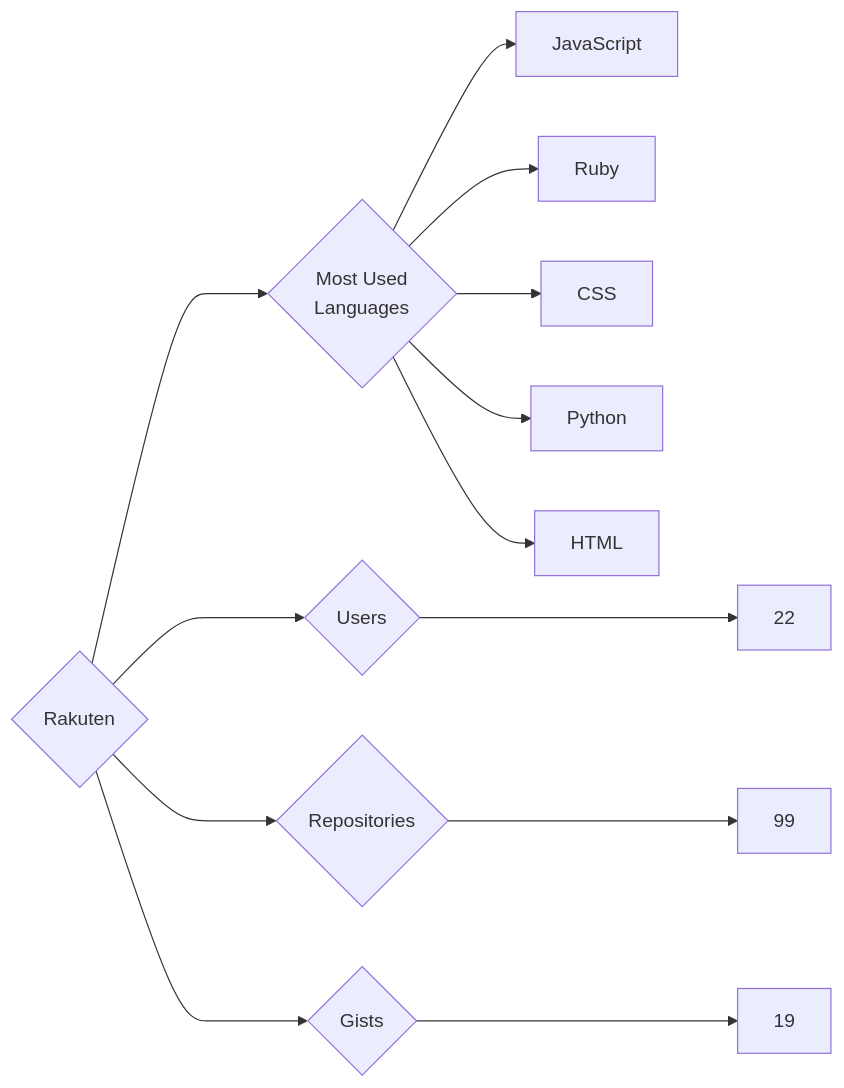
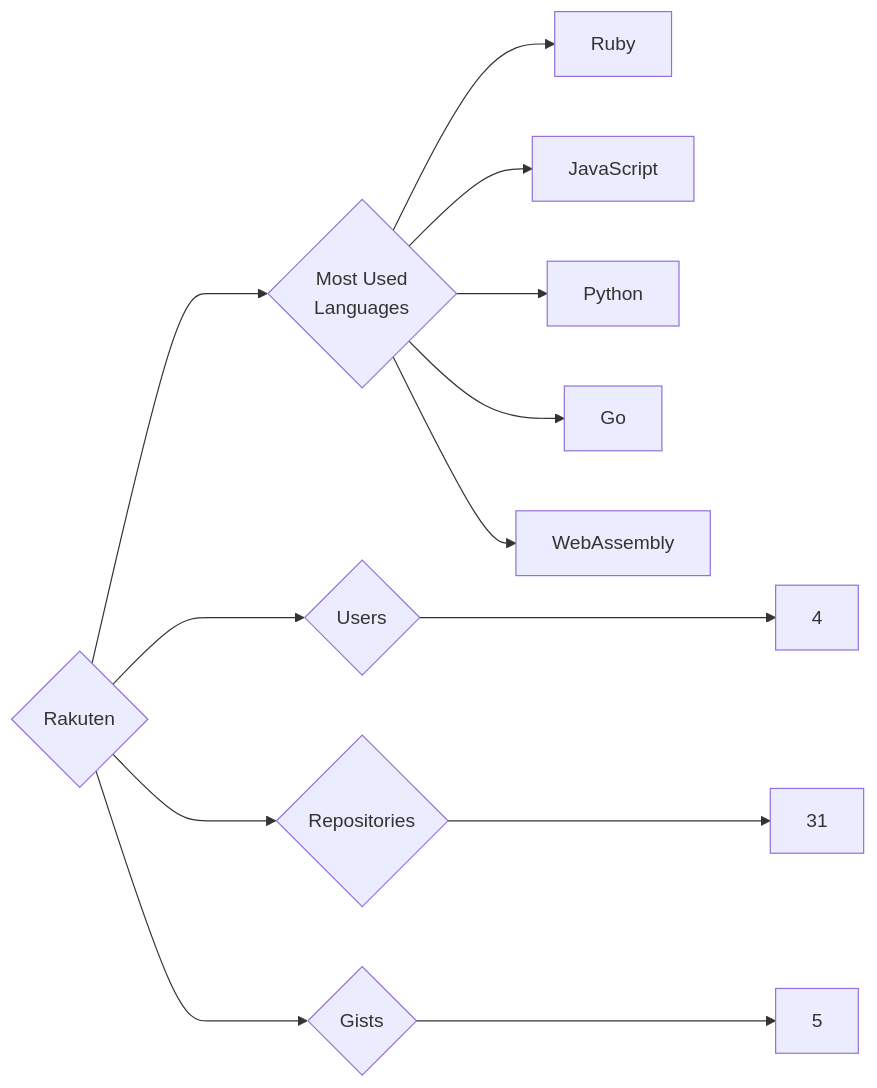
Before and after one commit to trickest/insiders: the diagram in targets/Rakuten/README.md, drawn with Mermaid. The commit also changed 860 other files, not shown here.

````diff
--- a/targets/Rakuten/README.md
+++ b/targets/Rakuten/README.md
@@ -3,13 +3,13 @@
 ```mermaid
 graph LR
 COMPANY_NAME{Rakuten}
-COMPANY_NAME ---> U{Users} ---> UN[22]
-COMPANY_NAME ---> R{Repositories} ---> RN[99]
-COMPANY_NAME ---> G{Gists} ---> GN[19]
+COMPANY_NAME ---> U{Users} ---> UN[4]
+COMPANY_NAME ---> R{Repositories} ---> RN[31]
+COMPANY_NAME ---> G{Gists} ---> GN[5]
 COMPANY_NAME ---> ML{Most Used<br>Languages}
+ML --> Ruby[Ruby]
 ML --> JavaScript[JavaScript]
-ML --> Ruby[Ruby]
-ML --> CSS[CSS]
 ML --> Python[Python]
-ML --> HTML[HTML]
+ML --> Go[Go]
+ML --> WebAssembly[WebAssembly]
 ```
````
